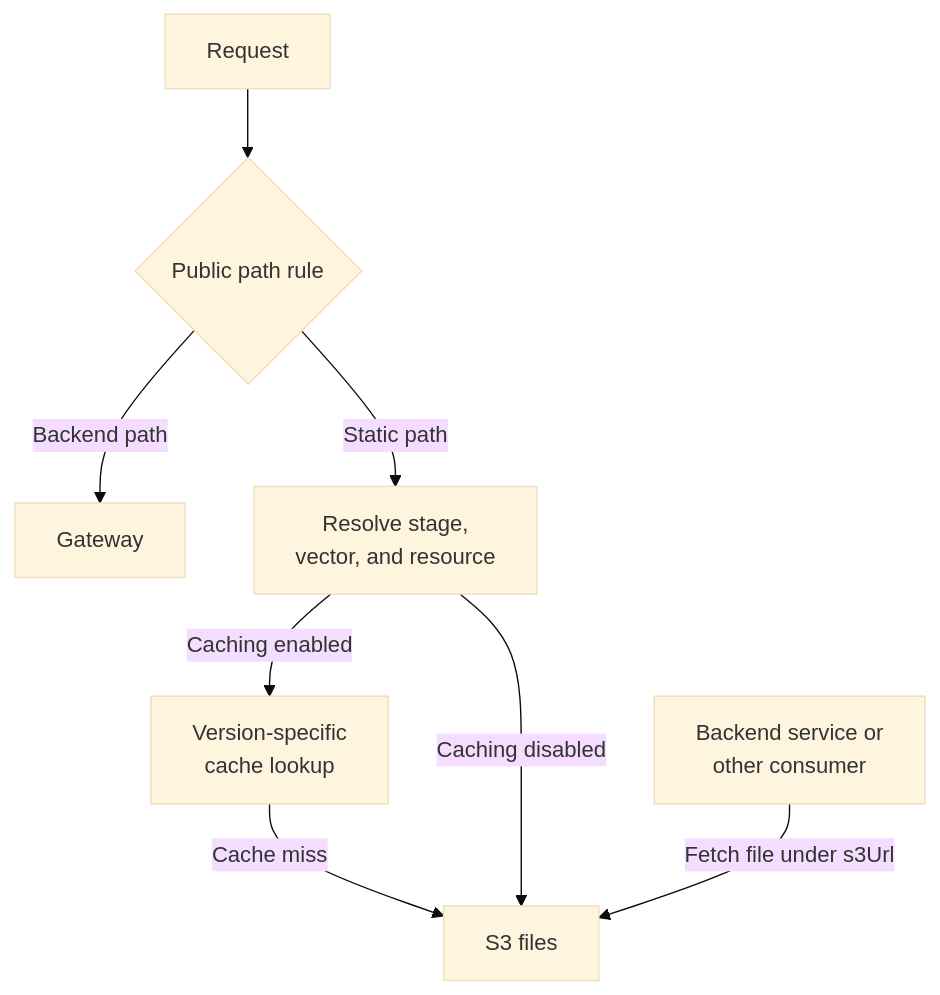
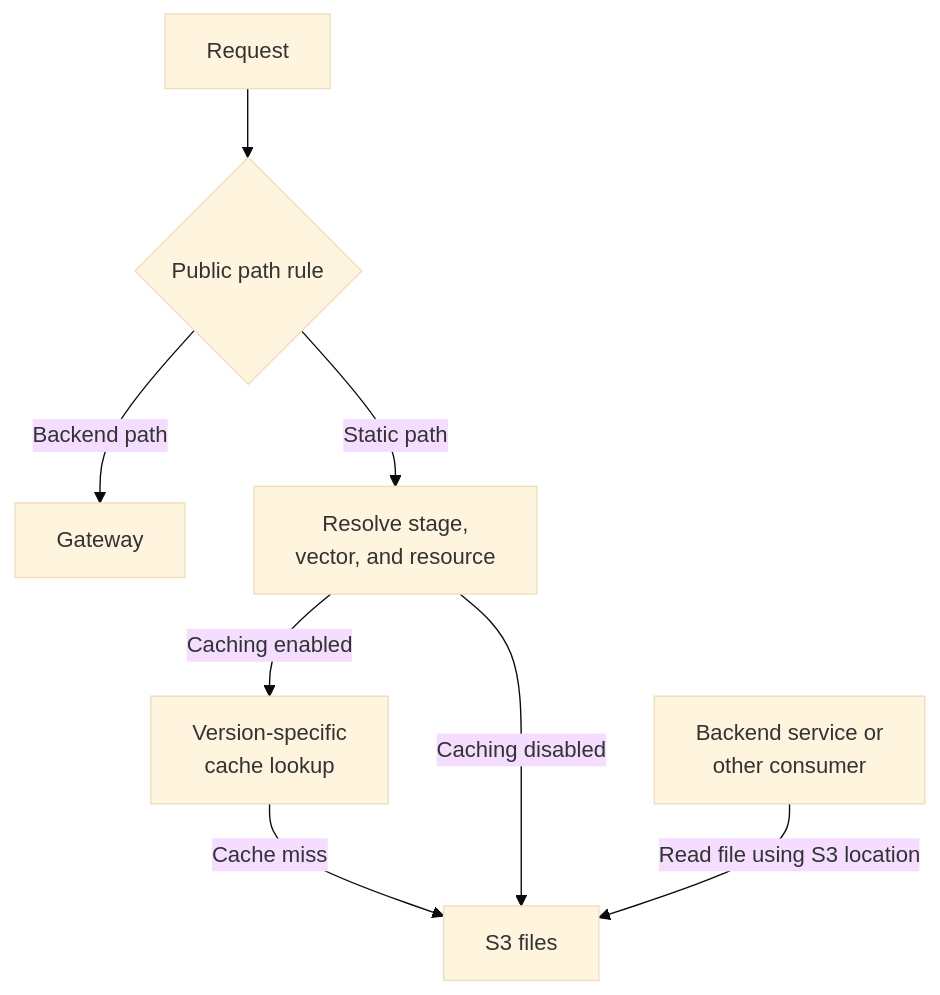
The fourth of 4 diagrams in src/docs/extend-customize/decisions/adr-0039-static-cdn-deployer.md (konfidence-project/konfidence-docs), drawn with Mermaid (base theme) before and after one commit. The commit also changed other lines of this file, not shown here.

````diff
--- a/src/docs/extend-customize/decisions/adr-0039-static-cdn-deployer.md
+++ b/src/docs/extend-customize/decisions/adr-0039-static-cdn-deployer.md
@@ -511,10 +522,10 @@
 ```mermaid
 flowchart TD
     Request["Request"] --> Paths{"Public path rule"}
     Paths -->|Backend path| Gateway["Gateway"]
     Paths -->|Static path| Resolve["Resolve stage,<br/>vector, and resource"]
     Resolve -->|Caching enabled| Cache["Version-specific<br/>cache lookup"]
     Cache -->|Cache miss| S3["S3 files"]
     Resolve -->|Caching disabled| S3
-    Consumer["Backend service or<br/>other consumer"] -->|Fetch file under s3Url| S3
+    Consumer["Backend service or<br/>other consumer"] -->|Read file using S3 location| S3
 ```
````
